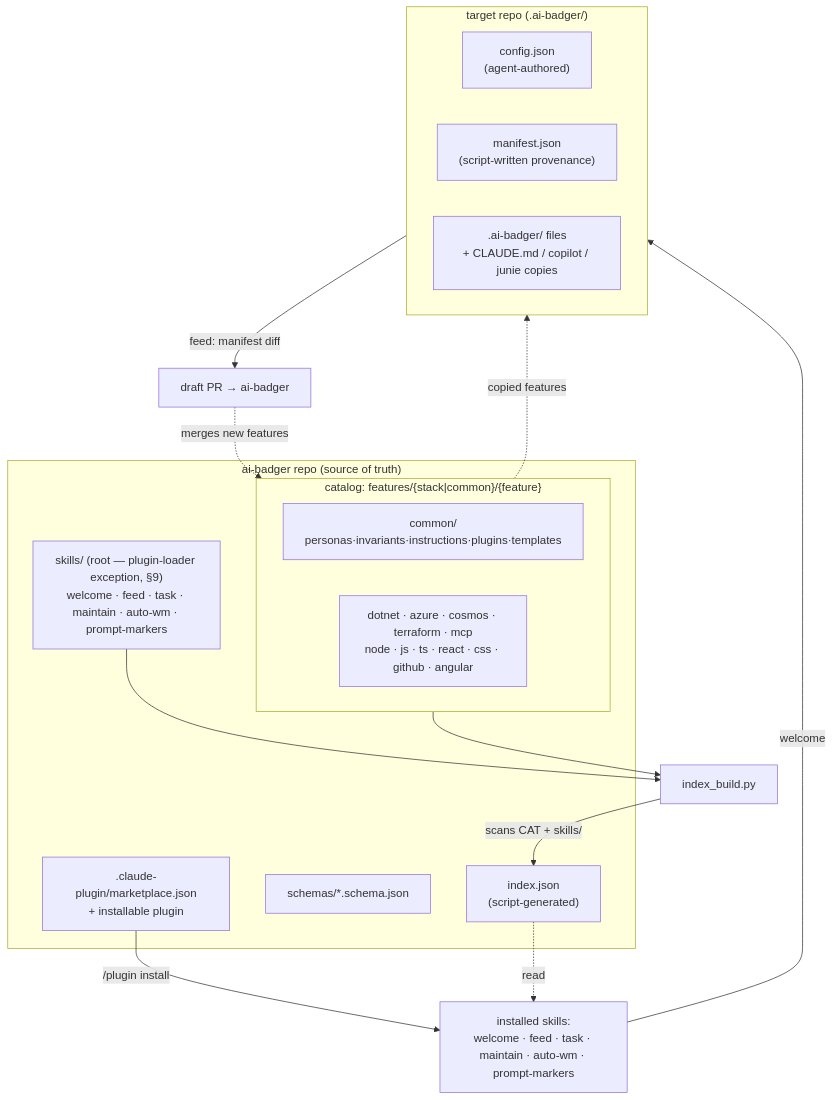
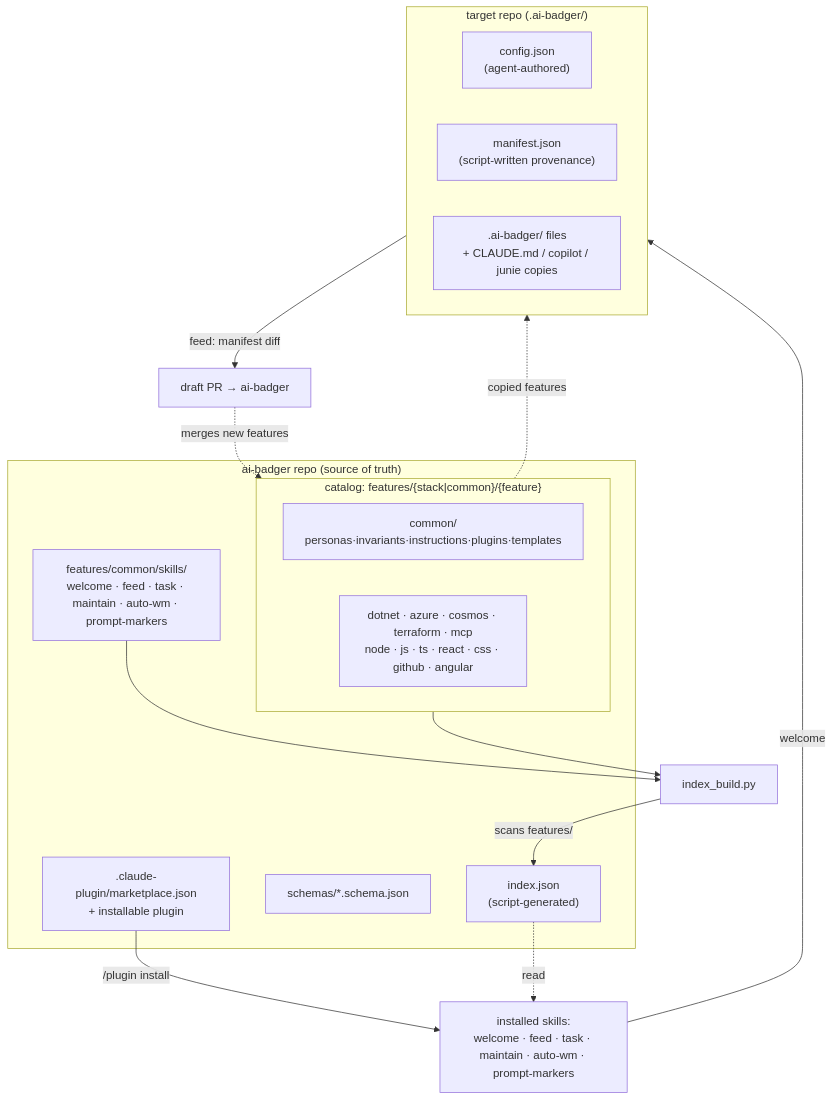
The first of 4 diagrams in docs/ai-badger-framework-design.md (Arasz/ai-badger), drawn with Mermaid before and after one commit. The commit also changed 5 other files, not shown here.

````diff
--- a/docs/ai-badger-framework-design.md
+++ b/docs/ai-badger-framework-design.md
@@ -288,27 +288,27 @@
 ```mermaid
 flowchart TB
   subgraph FW["ai-badger repo (source of truth)"]
     IDX["index.json\n(script-generated)"]
     SCH["schemas/*.schema.json"]
     subgraph CAT["catalog: features/{stack|common}/{feature}"]
       COMMON["common/\npersonas·invariants·instructions·plugins·templates"]
       STACKS["dotnet · azure · cosmos · terraform · mcp\nnode · js · ts · react · css · github · angular"]
     end
-    SKILLSDIR["skills/ (root — plugin-loader exception, §9)\nwelcome · feed · task · maintain · auto-wm · prompt-markers"]
+    SKILLSDIR["features/common/skills/\nwelcome · feed · task · maintain · auto-wm · prompt-markers"]
     MKT[".claude-plugin/marketplace.json\n+ installable plugin"]
   end
-  IDXbuild["index_build.py"] -->|scans CAT + skills/| IDX
+  IDXbuild["index_build.py"] -->|scans features/| IDX
   CAT --> IDXbuild
   SKILLSDIR --> IDXbuild
   MKT -->|/plugin install| SKILLS["installed skills:\nwelcome · feed · task · maintain · auto-wm · prompt-markers"]
   IDX -. read .-> SKILLS
   CAT -. copied features .-> PROJ
   subgraph PROJ["target repo (.ai-badger/)"]
     CFG["config.json\n(agent-authored)"]
     MAN["manifest.json\n(script-written provenance)"]
     OUT[".ai-badger/ files\n+ CLAUDE.md / copilot / junie copies"]
   end
   SKILLS -->|welcome| PROJ
   PROJ -->|feed: manifest diff| PRD["draft PR → ai-badger"]
   PRD -. merges new features .-> CAT
 ```
````
